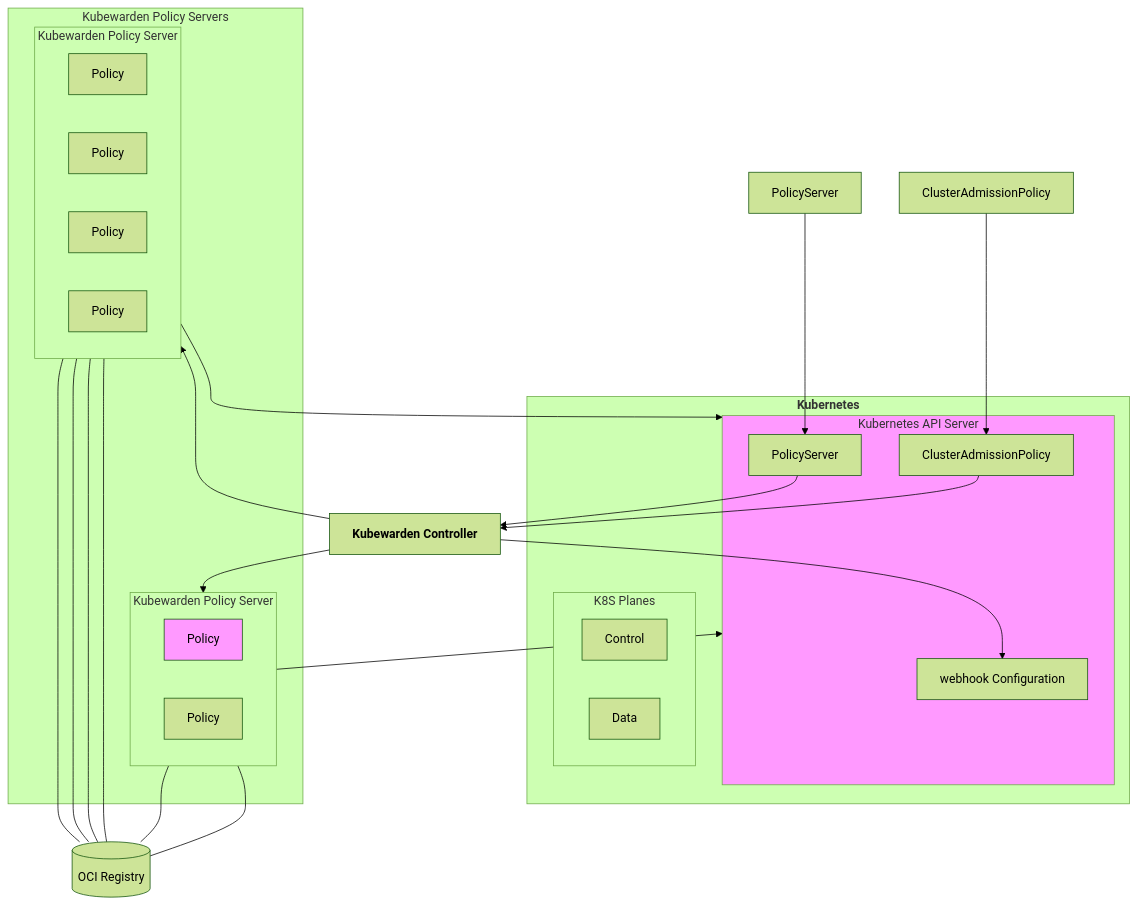
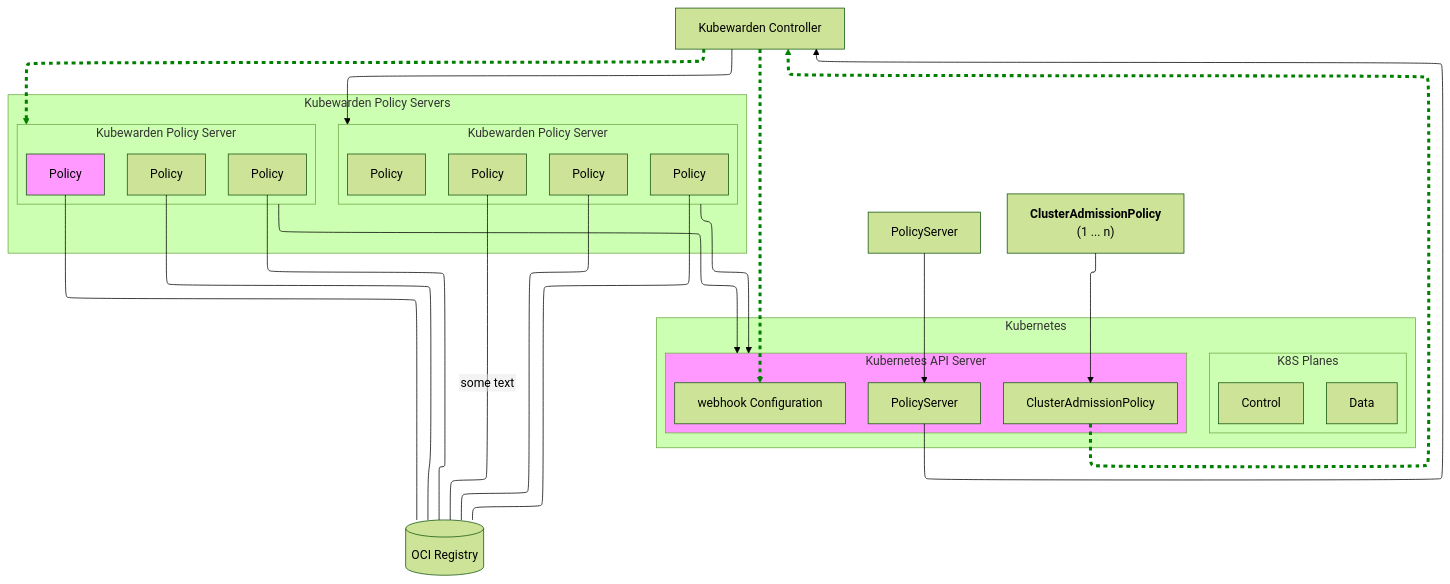
The second of 2 diagrams in docs/kw-arch.md (jhkrug/hw-diag), drawn with Mermaid (forest theme) before and after one commit. The commit also changed other lines of this file and 2 other files, not shown here.

Commit message:
Docusaurus 3 for newer Mermaid

````diff
--- a/docs/kw-arch.md
+++ b/docs/kw-arch.md
@@ -12,60 +69,62 @@
 ```mermaid
 %%{
   init: {
     "flowchart": {
-      "defaultRenderer": "elk",
       "htmlLabels": false,
+      "defaultRenderer": "elk"
     }
   }
 }%%
 graph TB
-    kubewarden_controller["`**Kubewarden Controller**`"]
-    subgraph k8s["`**Kubernetes**`"]
+    kubewarden_controller[Kubewarden Controller]
+    subgraph k8s[Kubernetes]
       subgraph kubernetes_api_server[Kubernetes API Server]
           policy_server_in[PolicyServer]
           cluster_admission_policy_in[ClusterAdmissionPolicy]
           webhook_configuration[webhook Configuration]
       end
       subgraph planes[K8S Planes]
       k8s_control_plane[Control]
       k8s_data_plane[Data]
       end
     end
     policy_server_out[PolicyServer]
-    cluster_admission_policy_out[ClusterAdmissionPolicy]
+    cluster_admission_policy_out["`**ClusterAdmissionPolicy**<br/>(1 ... n)`"]
     cluster_admission_policy_in[ClusterAdmissionPolicy]
     kubewarden_policy_server_1[Kubewarden Policy Server]
     kubewarden_policy_server_2[Kubewarden Policy Server]
     oci_registry[(OCI Registry)]
     policy_server_out --> policy_server_in
     cluster_admission_policy_out --> cluster_admission_policy_in
     policy_server_in --> kubewarden_controller
     cluster_admission_policy_in --> kubewarden_controller
     kubewarden_controller --> webhook_configuration
     kubewarden_controller --> kubewarden_policy_server_1
     kubewarden_controller --> kubewarden_policy_server_2
     subgraph kwps [Kubewarden Policy Servers]
       subgraph kubewarden_policy_server_1[Kubewarden Policy Server]
           direction LR
           policy_1[Policy]
           policy_2[Policy]
+          policy_3[Policy]
       end
       subgraph kubewarden_policy_server_2[Kubewarden Policy Server]
           direction LR
-          policy_3[Policy]
           policy_4[Policy]
           policy_5[Policy]
           policy_6[Policy]
+          policy_7[Policy]
       end
     end
     policy_1 --- oci_registry
     policy_2 --- oci_registry
     policy_3 --- oci_registry
     policy_4 --- oci_registry
     policy_5 --- oci_registry
-    policy_6 --- oci_registry
+    policy_6 ---|some text| oci_registry
     kubewarden_policy_server_1 --> kubernetes_api_server
     kubewarden_policy_server_2 --> kubernetes_api_server
     style policy_1 fill:#f9f
     style kubernetes_api_server fill:#f9f
+    linkStyle 3,4,5 stroke:green,stroke-width:4px,stroke-dasharray: 5 5
 ```
````
